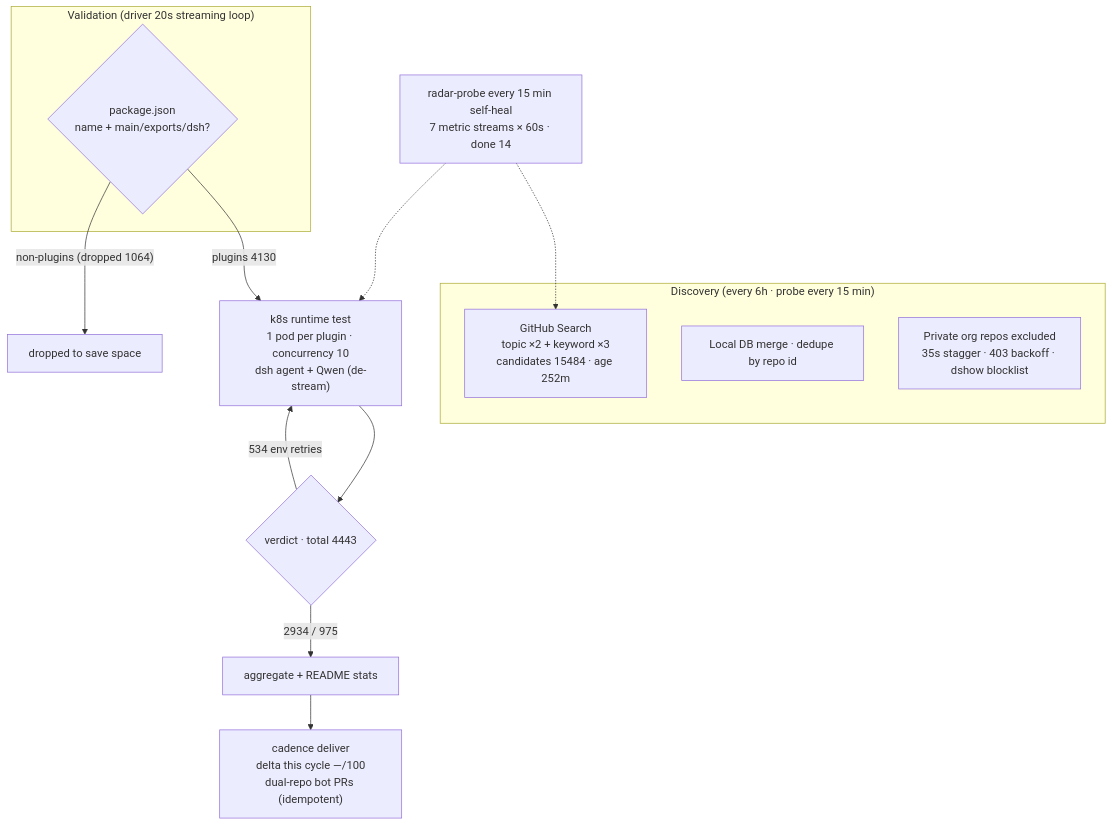
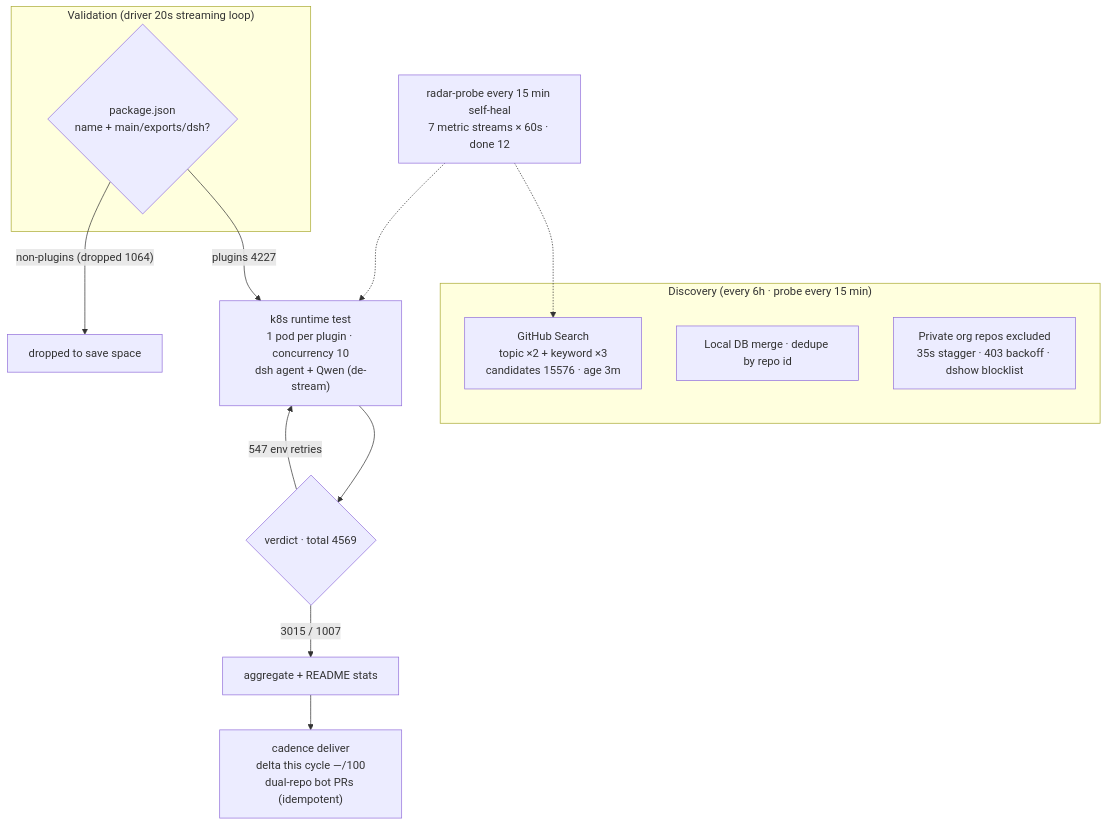
One commit to AdamPlatin123/awesome-dsh-plugins changed the diagram in README.en-US.md. Above: the diagram before and after it, drawn with Mermaid. The commit also changed other lines of this file and 5 other files, not shown here.

````diff
--- a/README.en-US.md
+++ b/README.en-US.md
@@ -30,20 +30,20 @@
 ```mermaid
 flowchart TB
     subgraph Discovery["Discovery (every 6h · probe every 15 min)"]
-        A1["GitHub Search<br/>topic ×2 + keyword ×3<br/>candidates 15484 · age 252m"]
+        A1["GitHub Search<br/>topic ×2 + keyword ×3<br/>candidates 15576 · age 3m"]
         A2["Local DB merge · dedupe by repo id"]
         A3["Private org repos excluded<br/>35s stagger · 403 backoff · dshow blocklist"]
     end
     subgraph Validation["Validation (driver 20s streaming loop)"]
         B1{"package.json<br/>name + main/exports/dsh?"}
     end
-    B1 -->|"plugins 4130"| C1["k8s runtime test<br/>1 pod per plugin · concurrency 10<br/>dsh agent + Qwen (de-stream)"]
+    B1 -->|"plugins 4227"| C1["k8s runtime test<br/>1 pod per plugin · concurrency 10<br/>dsh agent + Qwen (de-stream)"]
     B1 -->|"non-plugins (dropped 1064)"| B3["dropped to save space"]
-    C1 --> D1{"verdict · total 4443"}
-    D1 -->|"2934 / 975"| E1["aggregate + README stats"]
-    D1 -->|"534 env retries"| C1
+    C1 --> D1{"verdict · total 4569"}
+    D1 -->|"3015 / 1007"| E1["aggregate + README stats"]
+    D1 -->|"547 env retries"| C1
     E1 --> E2["cadence deliver<br/>delta this cycle —/100<br/>dual-repo bot PRs (idempotent)"]
-    M["radar-probe every 15 min self-heal<br/>7 metric streams × 60s · done 14"]
+    M["radar-probe every 15 min self-heal<br/>7 metric streams × 60s · done 12"]
     M -.-> A1
     M -.-> C1
 ```
````
